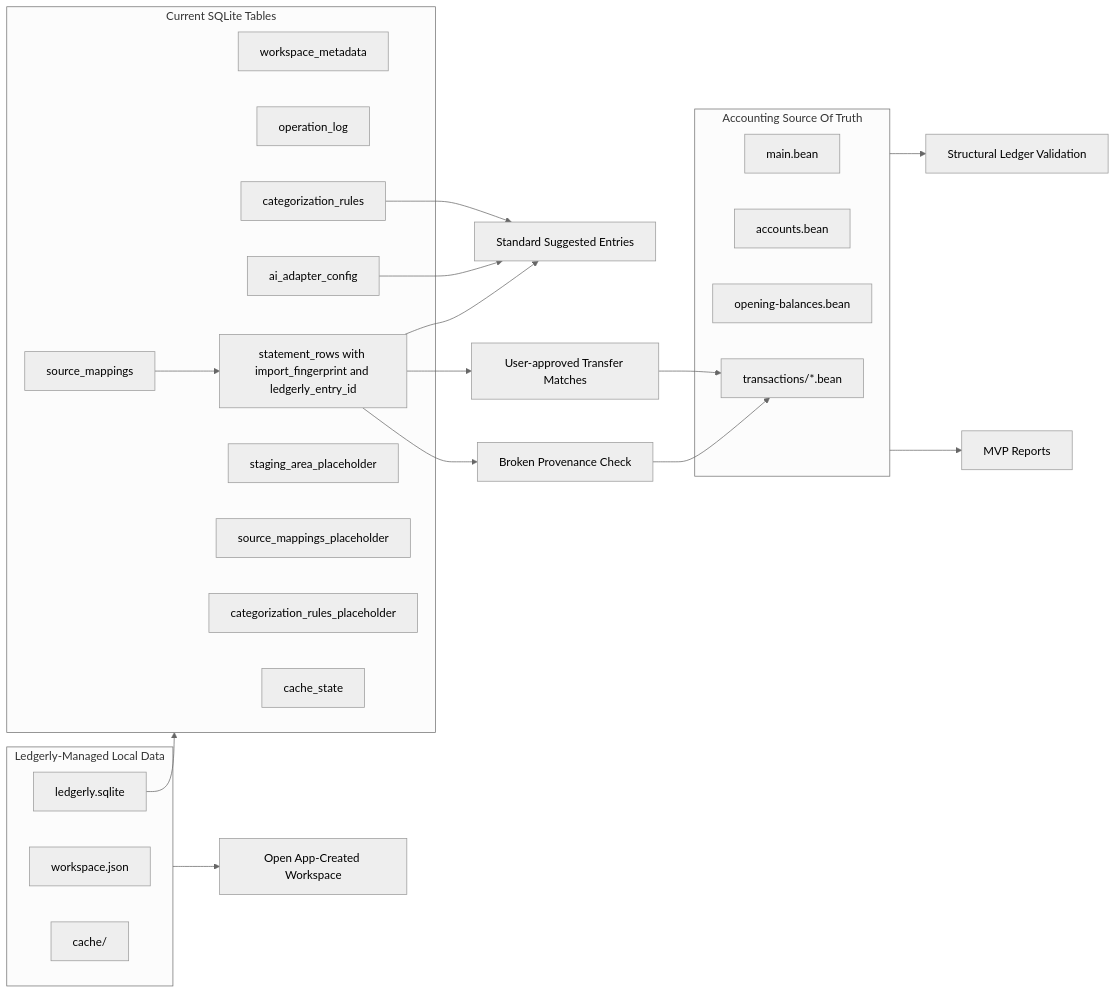
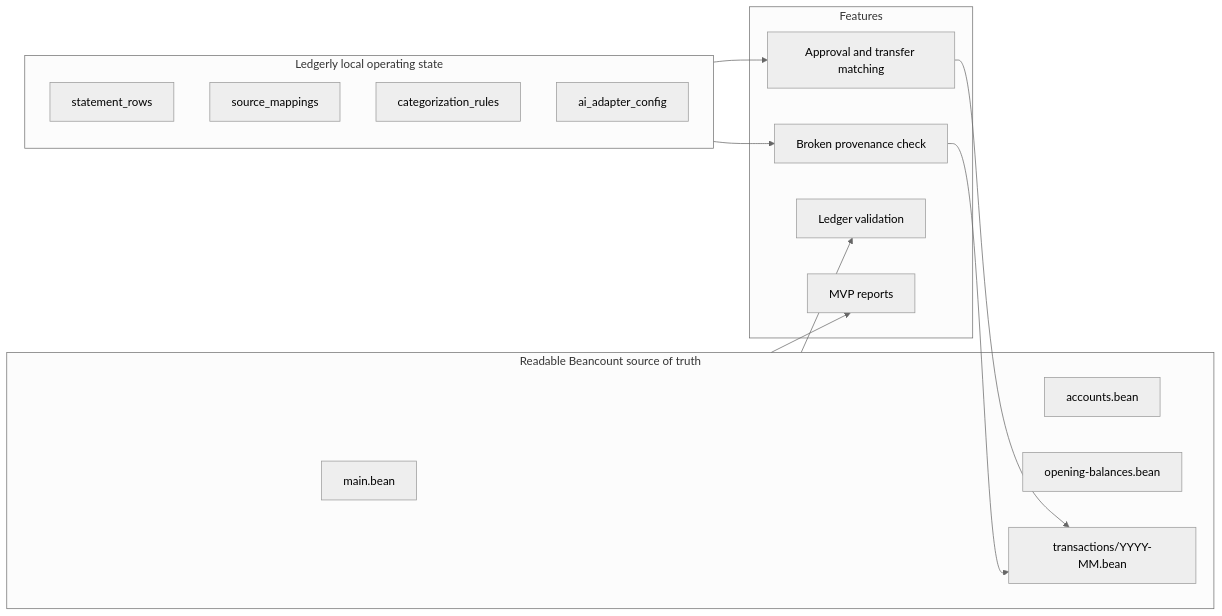
One commit to ryenski/Ledgerly-MVP changed the third of 4 diagrams in docs/architecture.md. Above: the diagram before and after it, drawn with Mermaid (neutral theme). The commit also changed other lines of this file, not shown here.

Commit message:
Simplify architecture diagrams

````diff
--- a/docs/architecture.md
+++ b/docs/architecture.md
@@ -270,41 +76,30 @@
 ```mermaid
 flowchart LR
-  subgraph SourceOfTruth[Accounting Source Of Truth]
-    MainBean[main.bean]
-    AccountsBean[accounts.bean]
-    OpeningBalances[opening-balances.bean]
-    MonthlyTransactions[transactions/*.bean]
+  subgraph LedgerFiles[Readable Beancount source of truth]
+    Main[main.bean]
+    Accounts[accounts.bean]
+    Opening[opening-balances.bean]
+    Monthly[transactions/YYYY-MM.bean]
   end
 
-  subgraph LedgerlyManaged[Ledgerly-Managed Local Data]
-    Manifest[workspace.json]
-    Sqlite[ledgerly.sqlite]
-    Cache[cache/]
+  subgraph SQLite[Ledgerly local operating state]
+    Rows[statement_rows]
+    Mappings[source_mappings]
+    Rules[categorization_rules]
+    Adapter[ai_adapter_config]
   end
 
-  subgraph CurrentSqlite[Current SQLite Tables]
-    Metadata[workspace_metadata]
-    OperationLog[operation_log]
-    SourceMappings[source_mappings]
-    StatementRows[statement_rows with import_fingerprint and ledgerly_entry_id]
-    CategorizationRulesTable[categorization_rules]
-    AiAdapterConfig[ai_adapter_config]
-    StagingPlaceholder[staging_area_placeholder]
-    MappingPlaceholder[source_mappings_placeholder]
-    RulesPlaceholder[categorization_rules_placeholder]
-    CacheState[cache_state]
+  subgraph Features[Features]
+    Validation[Ledger validation]
+    Approval[Approval and transfer matching]
+    Provenance[Broken provenance check]
+    Reports[MVP reports]
   end
 
-  SourceOfTruth --> Validation[Structural Ledger Validation]
-  SourceOfTruth --> Reports[MVP Reports]
-  LedgerlyManaged --> OpenWorkspace[Open App-Created Workspace]
-  Sqlite --> CurrentSqlite
-  SourceMappings --> StatementRows
-  CategorizationRulesTable --> SuggestedEntries
-  AiAdapterConfig --> SuggestedEntries
-  StatementRows --> SuggestedEntries[Standard Suggested Entries]
-  StatementRows --> TransferMatches[User-approved Transfer Matches]
-  StatementRows --> ProvenanceCheck[Broken Provenance Check]
-  TransferMatches --> MonthlyTransactions
-  ProvenanceCheck --> MonthlyTransactions
+  LedgerFiles --> Validation
+  LedgerFiles --> Reports
+  SQLite --> Approval
+  SQLite --> Provenance
+  Approval --> Monthly
+  Provenance --> Monthly
 ```
````
